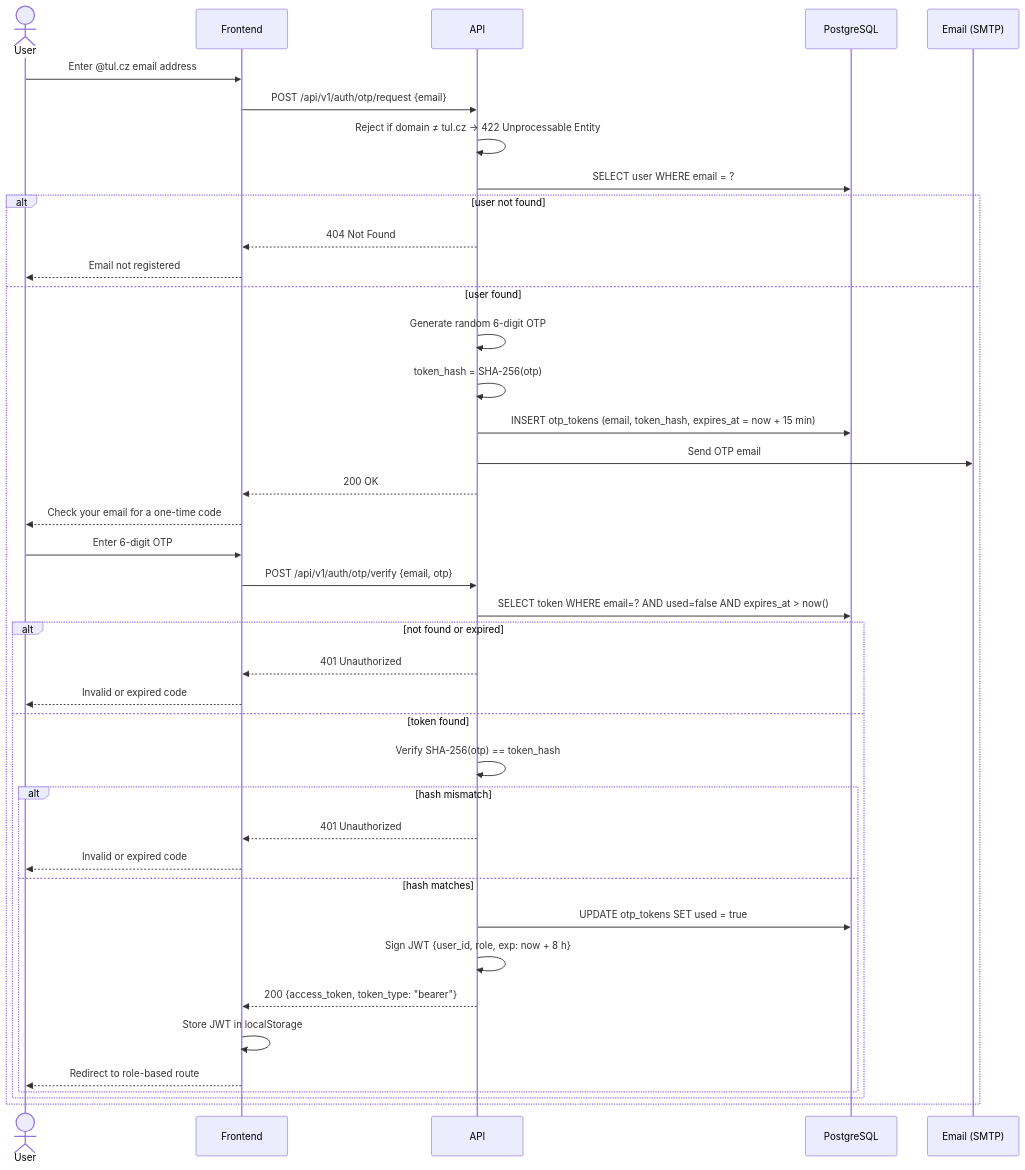
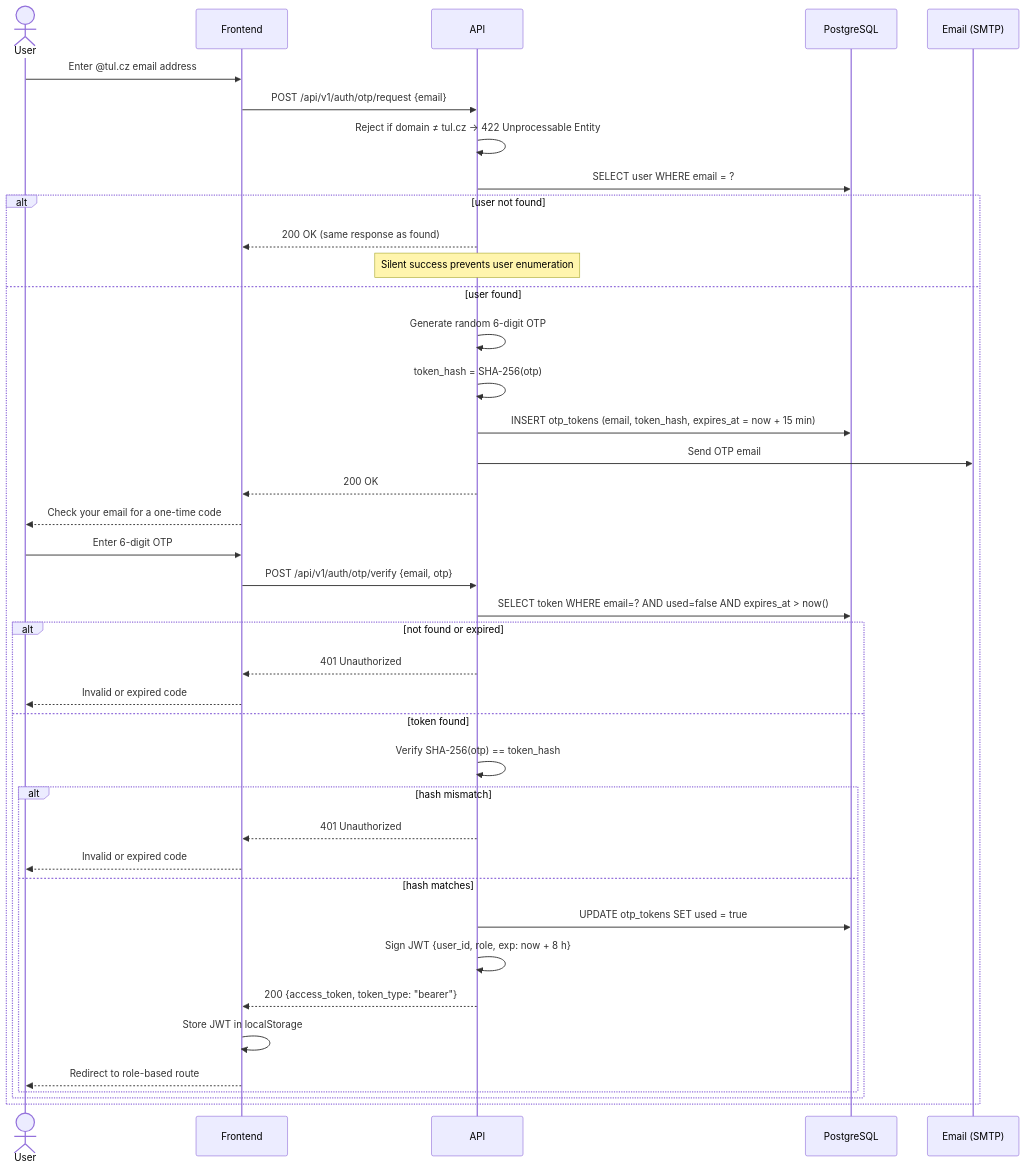
Before and after one commit to ljezek/tul-psi: the sixth of 6 diagrams in docs/DESIGN.md, drawn with Mermaid. The commit also changed other lines of this file, not shown here.

````diff
--- a/docs/DESIGN.md
+++ b/docs/DESIGN.md
@@ -444,43 +453,43 @@
 ```mermaid
 sequenceDiagram
     actor User
     participant Frontend
     participant API
     participant DB as PostgreSQL
     participant SMTP as Email (SMTP)
 
     User->>Frontend: Enter @tul.cz email address
     Frontend->>API: POST /api/v1/auth/otp/request {email}
     API->>API: Reject if domain ≠ tul.cz → 422 Unprocessable Entity
     API->>DB: SELECT user WHERE email = ?
     alt user not found
-        API-->>Frontend: 404 Not Found
-        Frontend-->>User: Email not registered
+        API-->>Frontend: 200 OK (same response as found)
+        Note over API: Silent success prevents user enumeration
     else user found
         API->>API: Generate random 6-digit OTP
         API->>API: token_hash = SHA-256(otp)
         API->>DB: INSERT otp_tokens (email, token_hash, expires_at = now + 15 min)
         API->>SMTP: Send OTP email
         API-->>Frontend: 200 OK
         Frontend-->>User: Check your email for a one-time code
         User->>Frontend: Enter 6-digit OTP
         Frontend->>API: POST /api/v1/auth/otp/verify {email, otp}
         API->>DB: SELECT token WHERE email=? AND used=false AND expires_at > now()
         alt not found or expired
             API-->>Frontend: 401 Unauthorized
             Frontend-->>User: Invalid or expired code
         else token found
             API->>API: Verify SHA-256(otp) == token_hash
             alt hash mismatch
                 API-->>Frontend: 401 Unauthorized
                 Frontend-->>User: Invalid or expired code
             else hash matches
                 API->>DB: UPDATE otp_tokens SET used = true
                 API->>API: Sign JWT {user_id, role, exp: now + 8 h}
                 API-->>Frontend: 200 {access_token, token_type: "bearer"}
                 Frontend->>Frontend: Store JWT in localStorage
                 Frontend-->>User: Redirect to role-based route
             end
         end
     end
 ```
````
